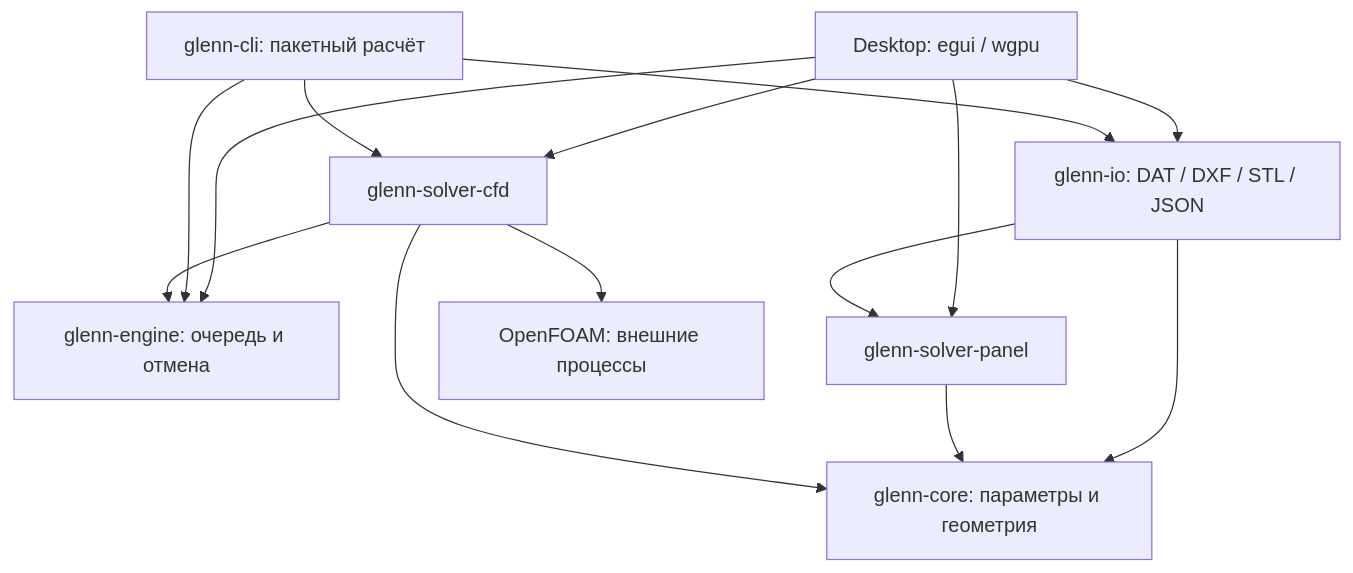
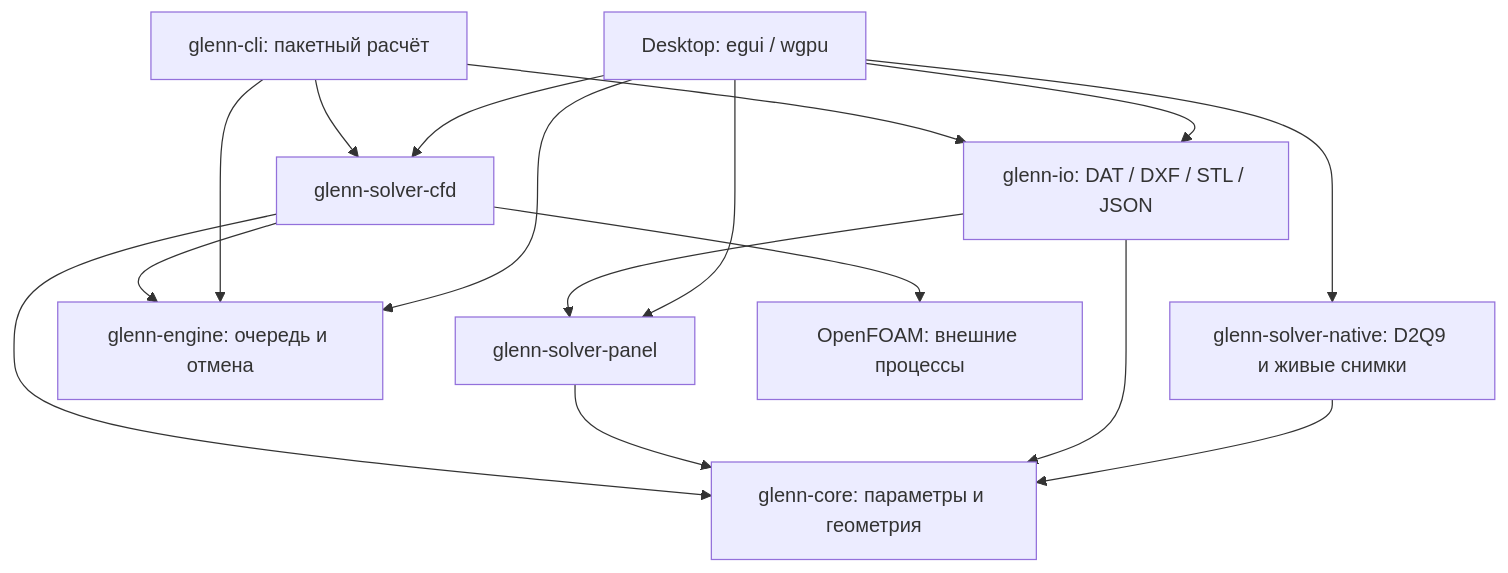
One commit to nesfe/GLENN_extended changed the diagram in docs/ARCHITECTURE.md. Above: the diagram before and after it, drawn with Mermaid. The commit also changed other lines of this file and 13 other files, not shown here.

````diff
--- a/docs/ARCHITECTURE.md
+++ b/docs/ARCHITECTURE.md
@@ -5,16 +5,18 @@
 ```mermaid
 flowchart TD
+  UI --> Native[glenn-solver-native: D2Q9 и живые снимки]
+  Native --> Core
   UI[Desktop: egui / wgpu] --> Engine[glenn-engine: очередь и отмена]
   CLI[glenn-cli: пакетный расчёт] --> Engine
   UI --> IO[glenn-io: DAT / DXF / STL / JSON]
   UI --> Panel[glenn-solver-panel]
   UI --> CFD[glenn-solver-cfd]
   CLI --> CFD
   CLI --> IO
   IO --> Panel
   IO --> Core[glenn-core: параметры и геометрия]
   Panel --> Core
   CFD --> Core
   CFD --> Engine
   CFD --> Foam[OpenFOAM: внешние процессы]
 ```
````
